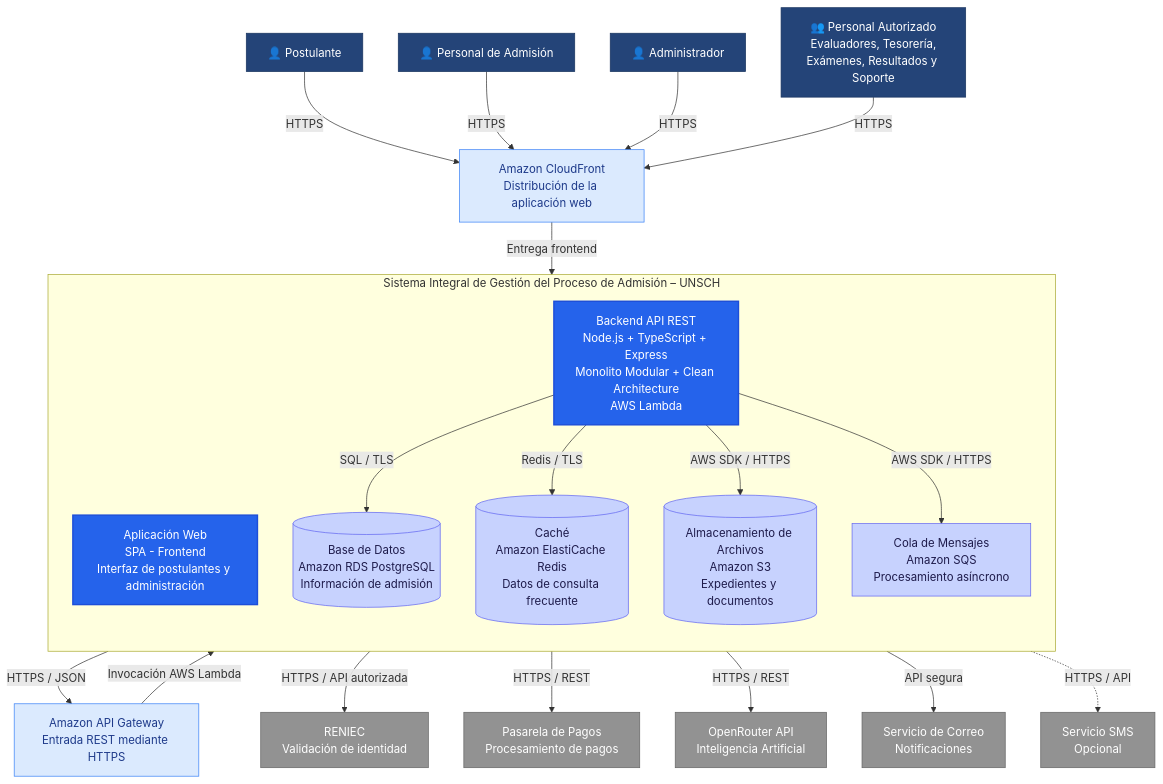
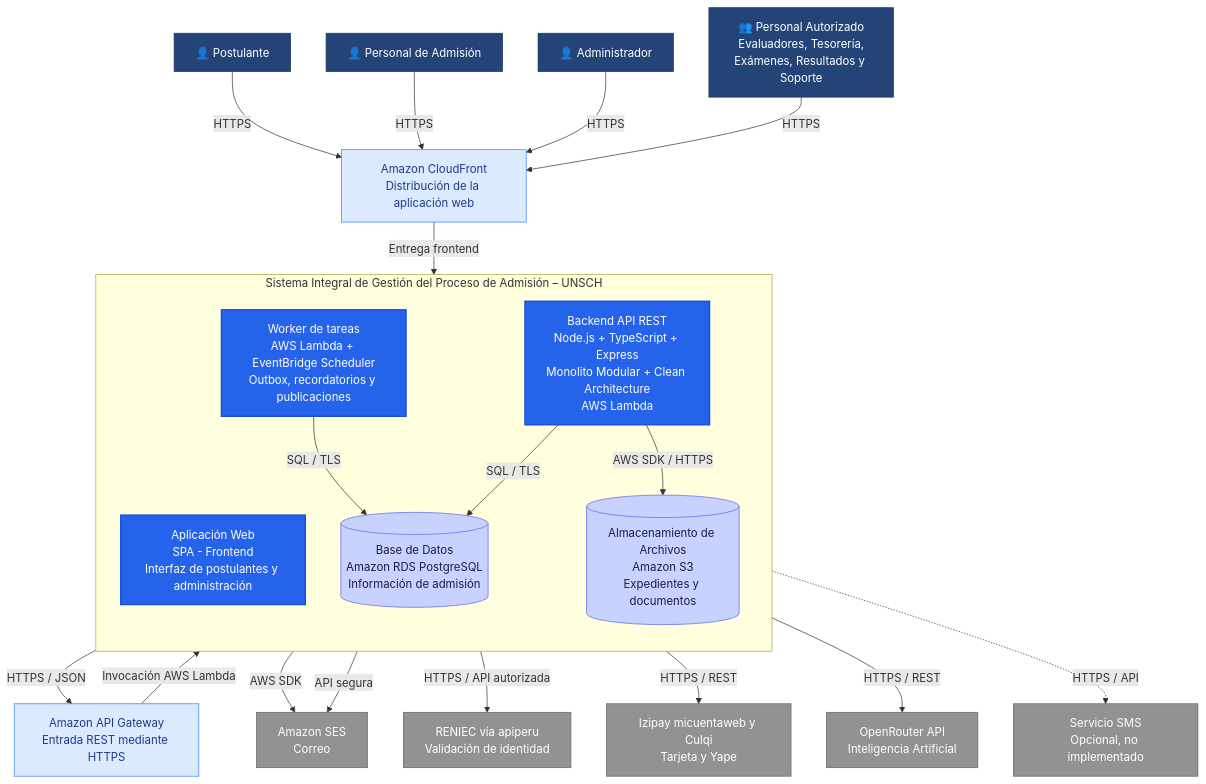
One commit to DiegoCoras06/sia-unsch-admision changed the diagram in docs/04-modelo-c4/Nivel2-DiagramadeContenedores.md. Above: the diagram before and after it, drawn with Mermaid. The commit also changed other lines of this file and 15 other files, not shown here.

````diff
--- a/docs/04-modelo-c4/Nivel2-DiagramadeContenedores.md
+++ b/docs/04-modelo-c4/Nivel2-DiagramadeContenedores.md
@@ -29,71 +29,71 @@
 ```mermaid
 flowchart TB
 
     P["👤 Postulante"]
     PA["👤 Personal de Admisión"]
     ADM["👤 Administrador"]
     OTROS["👥 Personal Autorizado<br/>Evaluadores, Tesorería,<br/>Exámenes, Resultados y Soporte"]
 
     subgraph UNSCH["Sistema Integral de Gestión del Proceso de Admisión – UNSCH"]
         direction TB
 
         WEB["Aplicación Web<br/>SPA - Frontend<br/>Interfaz de postulantes y administración"]
 
         API["Backend API REST<br/>Node.js + TypeScript + Express<br/>Monolito Modular + Clean Architecture<br/>AWS Lambda"]
 
         DB[("Base de Datos<br/>Amazon RDS PostgreSQL<br/>Información de admisión")]
 
-        CACHE[("Caché<br/>Amazon ElastiCache Redis<br/>Datos de consulta frecuente")]
+        WORKER["Worker de tareas<br/>AWS Lambda + EventBridge Scheduler<br/>Outbox, recordatorios y publicaciones"]
 
         STORAGE[("Almacenamiento de Archivos<br/>Amazon S3<br/>Expedientes y documentos")]
 
-        QUEUE["Cola de Mensajes<br/>Amazon SQS<br/>Procesamiento asíncrono"]
     end
 
     GATEWAY["Amazon API Gateway<br/>Entrada REST mediante HTTPS"]
 
     CDN["Amazon CloudFront<br/>Distribución de la aplicación web"]
 
-    RENIEC["RENIEC<br/>Validación de identidad"]
+    RENIEC["RENIEC vía apiperu<br/>Validación de identidad"]
 
-    PAYMENT["Pasarela de Pagos<br/>Procesamiento de pagos"]
+    PAYMENT["Izipay micuentaweb y Culqi<br/>Tarjeta y Yape"]
 
     OPENROUTER["OpenRouter API<br/>Inteligencia Artificial"]
 
-    EMAIL["Servicio de Correo<br/>Notificaciones"]
+    EMAIL["Amazon SES<br/>Correo"]
 
-    SMS["Servicio SMS<br/>Opcional"]
+    SMS["Servicio SMS<br/>Opcional, no implementado"]
 
     P -->|"HTTPS"| CDN
     PA -->|"HTTPS"| CDN
     ADM -->|"HTTPS"| CDN
     OTROS -->|"HTTPS"| CDN
 
     CDN -->|"Entrega frontend"| WEB
 
     WEB -->|"HTTPS / JSON"| GATEWAY
     GATEWAY -->|"Invocación AWS Lambda"| API
 
     API -->|"SQL / TLS"| DB
-    API -->|"Redis / TLS"| CACHE
     API -->|"AWS SDK / HTTPS"| STORAGE
-    API -->|"AWS SDK / HTTPS"| QUEUE
+    WORKER -->|"SQL / TLS"| DB
+    WORKER -->|"AWS SDK"| EMAIL
 
     API -->|"HTTPS / API autorizada"| RENIEC
     API -->|"HTTPS / REST"| PAYMENT
     API -->|"HTTPS / REST"| OPENROUTER
     API -->|"API segura"| EMAIL
     API -.->|"HTTPS / API"| SMS
 
     classDef persona fill:#244478,color:#ffffff,stroke:#19345f
     classDef aplicacion fill:#2563eb,color:#ffffff,stroke:#1d4ed8,stroke-width:2px
     classDef datos fill:#c7d2fe,color:#1e1b4b,stroke:#6366f1
     classDef infraestructura fill:#dbeafe,color:#1e3a8a,stroke:#3b82f6
     classDef externo fill:#929292,color:#ffffff,stroke:#666666
 
     class P,PA,ADM,OTROS persona
     class WEB,API aplicacion
-    class DB,CACHE,STORAGE,QUEUE datos
+    class DB,STORAGE datos
+    class WORKER aplicacion
     class CDN,GATEWAY infraestructura
     class RENIEC,PAYMENT,OPENROUTER,EMAIL,SMS externo
 ```
````
